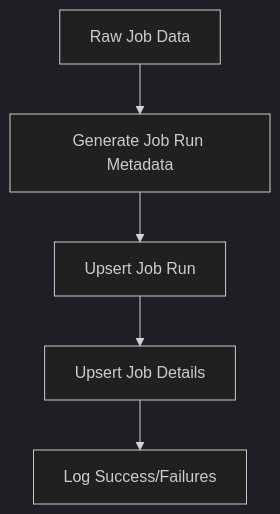
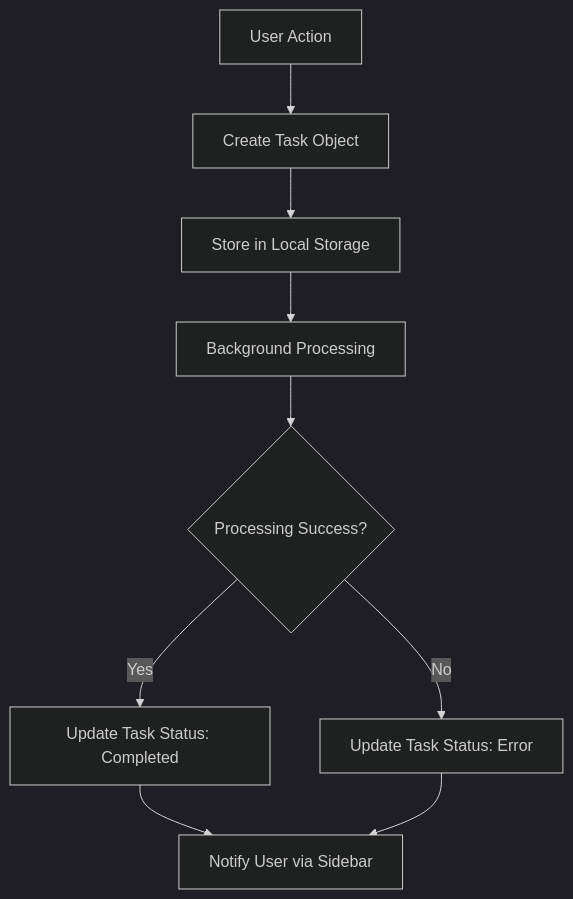
The third of 3 diagrams in docs/01_lead_generation_system.md (jtha/job-search), drawn with Mermaid (dark theme) before and after one commit. The commit also changed other lines of this file and 4 other files, not shown here.

````diff
--- a/docs/01_lead_generation_system.md
+++ b/docs/01_lead_generation_system.md
@@ -160,7 +160,11 @@
 ```mermaid
 graph TD
-    A[Raw Job Data] --> B[Generate Job Run Metadata]
-    B --> C[Upsert Job Run]
-    C --> D[Upsert Job Details]
-    D --> E[Log Success/Failures]
+    A[User Action] --> B[Create Task Object]
+    B --> C[Store in Local Storage]
+    C --> D[Background Processing]
+    D --> E{Processing Success?}
+    E -->|Yes| F[Update Task Status: Completed]
+    E -->|No| G[Update Task Status: Error]
+    F --> H[Notify User via Sidebar]
+    G --> H
 ```
````
